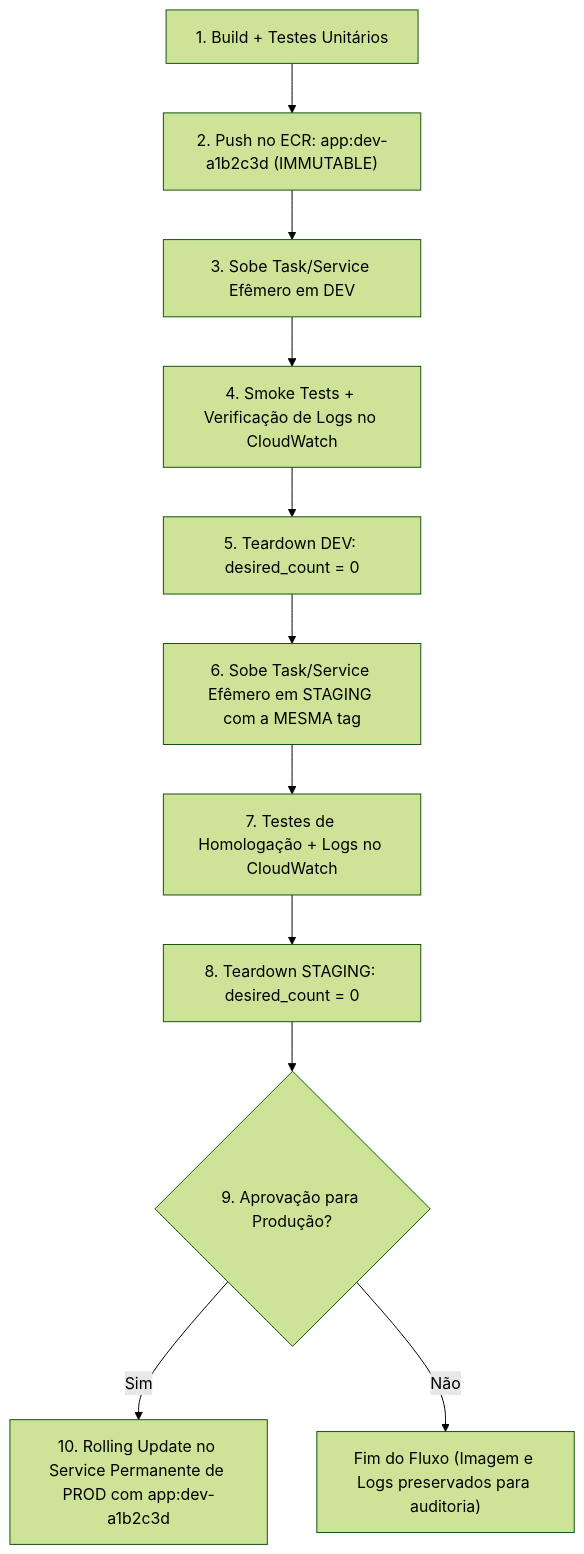
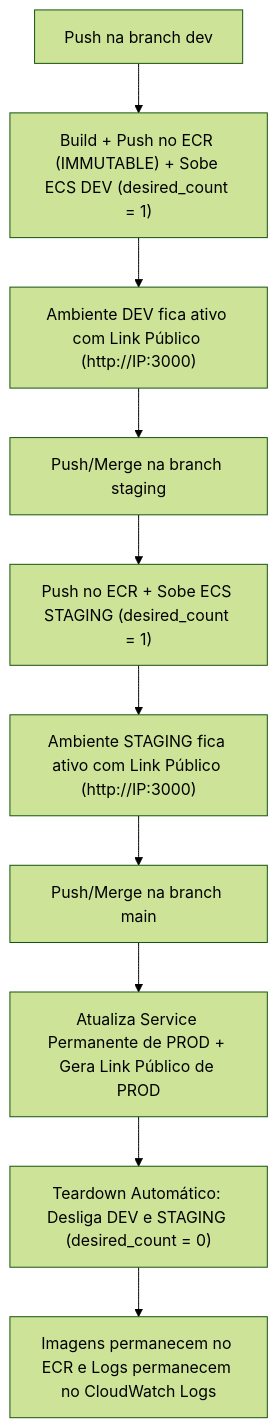
One commit to eucainapereira/aws-ecs-ephemeral-environments changed the diagram in docs/fluxo-cicd-ambientes-efemeros.md. Above: the diagram before and after it, drawn with Mermaid (forest theme). The commit also changed other lines of this file and 3 other files, not shown here.

Commit message:
🚀 docs: configura deploy por branch com links de ambiente e teardown na main

````diff
--- a/docs/fluxo-cicd-ambientes-efemeros.md
+++ b/docs/fluxo-cicd-ambientes-efemeros.md
@@ -9,13 +9,12 @@
 ```mermaid
 flowchart TD
-    A["1. Build + Testes Unitários"] --> B["2. Push no ECR: app:dev-a1b2c3d (IMMUTABLE)"]
-    B --> C["3. Sobe Task/Service Efêmero em DEV"]
-    C --> D["4. Smoke Tests + Verificação de Logs no CloudWatch"]
-    D --> E["5. Teardown DEV: desired_count = 0"]
-    E --> F["6. Sobe Task/Service Efêmero em STAGING com a MESMA tag"]
-    F --> G["7. Testes de Homologação + Logs no CloudWatch"]
-    G --> H["8. Teardown STAGING: desired_count = 0"]
-    H --> I{"9. Aprovação para Produção?"}
-    I -->|"Sim"| J["10. Rolling Update no Service Permanente de PROD com app:dev-a1b2c3d"]
-    I -->|"Não"| K["Fim do Fluxo (Imagem e Logs preservados para auditoria)"]
+    A["Push na branch dev"] --> B["Build + Push no ECR (IMMUTABLE) + Sobe ECS DEV (desired_count = 1)"]
+    B --> C["Ambiente DEV fica ativo com Link Público (http://IP:3000)"]
+    C --> D["Push/Merge na branch staging"]
+    D --> E["Push no ECR + Sobe ECS STAGING (desired_count = 1)"]
+    E --> F["Ambiente STAGING fica ativo com Link Público (http://IP:3000)"]
+    F --> G["Push/Merge na branch main"]
+    G --> H["Atualiza Service Permanente de PROD + Gera Link Público de PROD"]
+    H --> I["Teardown Automático: Desliga DEV e STAGING (desired_count = 0)"]
+    I --> J["Imagens permanecem no ECR e Logs permanecem no CloudWatch Logs"]
 ```
````
